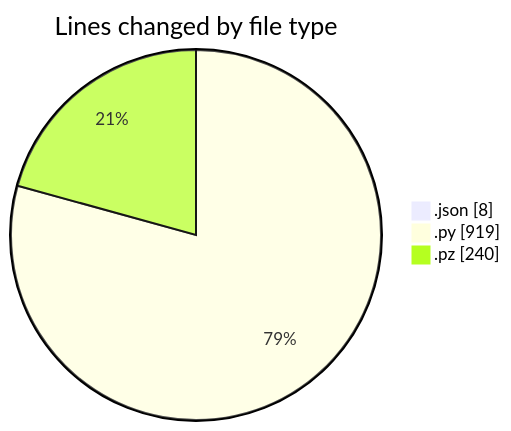
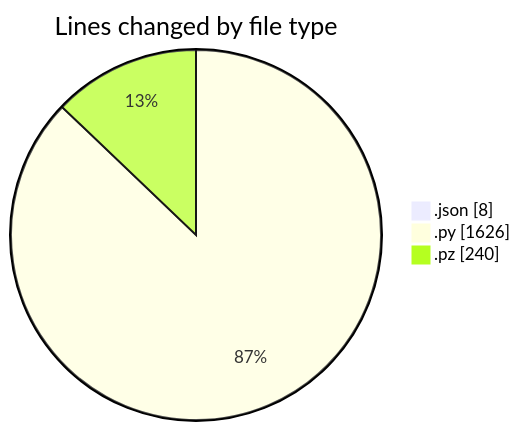
The first of 2 diagrams in 2025-02-18/myws__workspace_/README.md (MatusMokan/code-tracking), drawn with Mermaid before and after one commit. The commit also changed other lines of this file and 1 other file, not shown here.

````diff
--- a/2025-02-18/myws__workspace_/README.md
+++ b/2025-02-18/myws__workspace_/README.md
@@ -26,7 +26,7 @@
 ```mermaid
 pie showData
 title Lines changed by file type
 ".json" : 8
-".py" : 919
+".py" : 1626
 ".pz" : 240
 ```
````
